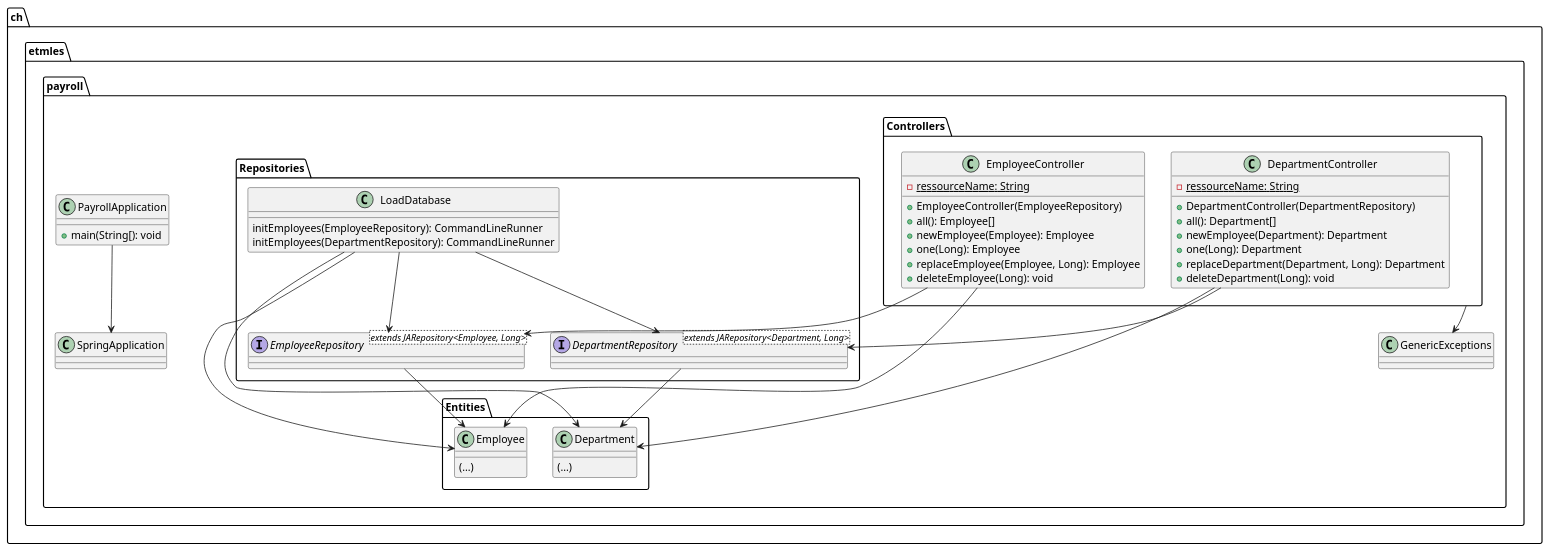
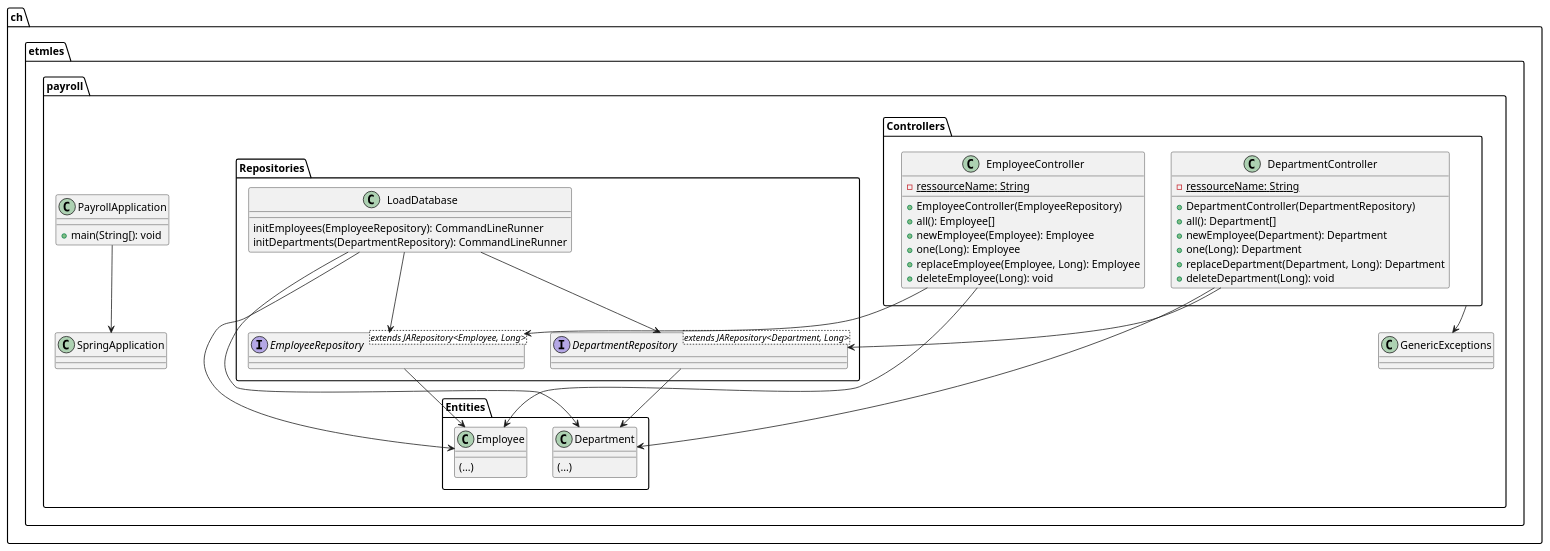
One commit to Manueloro/spring-warm-up changed the diagram in class.diagram.plantuml. Above: the diagram before and after it, drawn with PlantUML. The commit also changed 4 other files, not shown here.

```diff
--- a/class.diagram.plantuml
+++ b/class.diagram.plantuml
@@ -1,67 +1,67 @@
 @startuml
 
 package "ch.etmles.payroll" {
     class PayrollApplication {
         +main(String[): void
     }
 
     "PayrollApplication" --> "SpringApplication"
 
     package "Controllers" {
         class "EmployeeController" {
             {static}-ressourceName: String
             +EmployeeController(EmployeeRepository)
             +all(): Employee[]
             +newEmployee(Employee): Employee
             +one(Long): Employee
             +replaceEmployee(Employee, Long): Employee
             +deleteEmployee(Long): void
         }
 
         class "DepartmentController" {
             {static}-ressourceName: String
             +DepartmentController(DepartmentRepository)
             +all(): Department[]
             +newEmployee(Department): Department
             +one(Long): Department
             +replaceDepartment(Department, Long): Department
             +deleteDepartment(Long): void
         }
     }
 
     package "Entities" {
         class "Employee" {
             (...)
         }
         class "Department"{
             (...)
         }
     }
 
     package "Repositories" {
         interface "EmployeeRepository"<extends JARepository<Employee, Long>>
         interface "DepartmentRepository"<extends JARepository<Department, Long>>
         class "LoadDatabase" {
             initEmployees(EmployeeRepository): CommandLineRunner
-            initEmployees(DepartmentRepository): CommandLineRunner
+            initDepartments(DepartmentRepository): CommandLineRunner
         }
     }
 
     "Controllers" --> "GenericExceptions"
 
     "EmployeeController" --> "EmployeeRepository"
     "EmployeeController" --> "Employee"
 
     "DepartmentController" --> "DepartmentRepository"
     "DepartmentController" --> "Department"
 
     "EmployeeRepository" --> "Employee"
     "DepartmentRepository" --> "Department"
 
     "LoadDatabase" --> "EmployeeRepository"
     "LoadDatabase" --> "Employee"
     "LoadDatabase" --> "DepartmentRepository"
     "LoadDatabase" --> "Department"
 }
 
 @enduml
```
